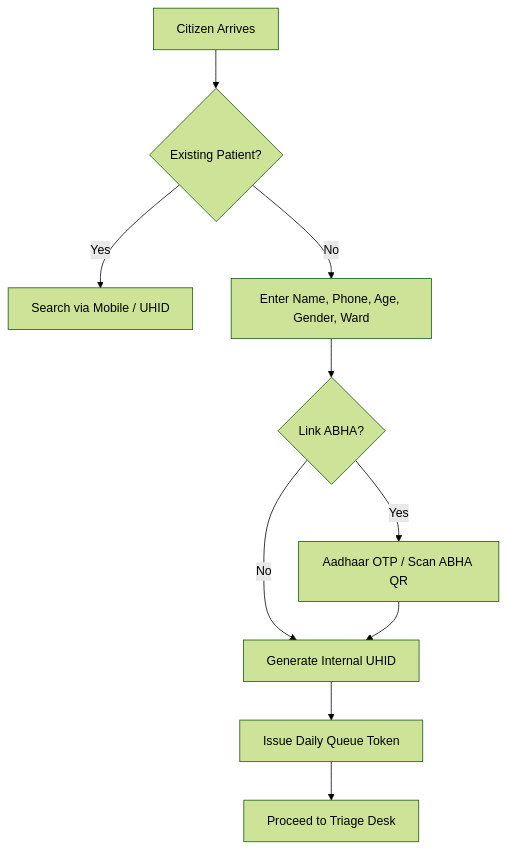
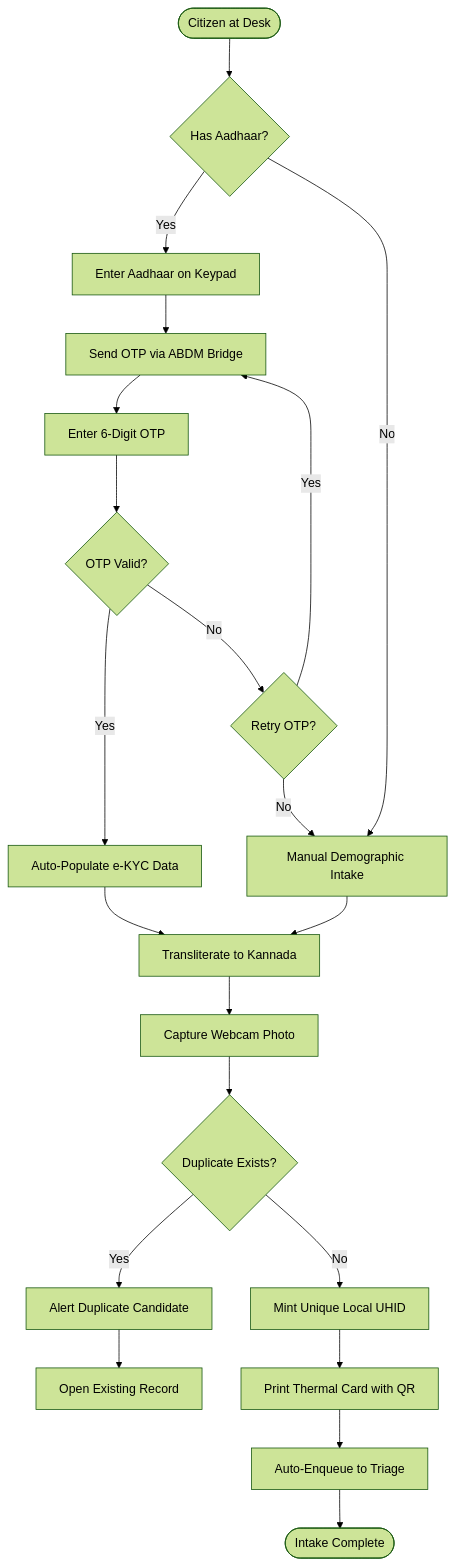
The third of 4 diagrams in docs/03-workflows/03-patient-registration-workflow.md (saimaa0910/mvp), drawn with Mermaid (forest theme) before and after one commit. The commit also changed other lines of this file and 54 other files, not shown here.

````diff
--- a/docs/03-workflows/03-patient-registration-workflow.md
+++ b/docs/03-workflows/03-patient-registration-workflow.md
@@ -19,12 +907,15 @@
 ```mermaid
 flowchart TD
-    A[Citizen Arrives] --> B{Existing Patient?}
-    B -- Yes --> C[Search via Mobile / UHID]
-    B -- No --> D[Enter Name, Phone, Age, Gender, Ward]
-    D --> E{Link ABHA?}
-    E -- Yes --> F[Aadhaar OTP / Scan ABHA QR]
-    E -- No --> G[Generate Internal UHID]
-    F --> G
-    G --> H[Issue Daily Queue Token]
-    H --> I[Proceed to Triage Desk]
+    Start([Citizen at Desk]) --> SelectType{Has Aadhaar?}
+    SelectType -- Yes --> EnterAadhaar[Enter Aadhaar on Keypad] --> SendOTP[Send OTP via ABDM Bridge]
+    SendOTP --> EnterOTP[Enter 6-Digit OTP] --> VerifyKYC{OTP Valid?}
+    VerifyKYC -- Yes --> PopulateFields[Auto-Populate e-KYC Data] --> TranslitKannada[Transliterate to Kannada]
+    VerifyKYC -- No --> RetryOTP{Retry OTP?}
+    RetryOTP -- Yes --> SendOTP
+    RetryOTP -- No --> ManualIntake
+    SelectType -- No --> ManualIntake[Manual Demographic Intake] --> TranslitKannada
+    TranslitKannada --> CapturePhoto[Capture Webcam Photo] --> DedupCheck{Duplicate Exists?}
+    DedupCheck -- Yes --> AlertDuplicate[Alert Duplicate Candidate] --> OpenExisting[Open Existing Record]
+    DedupCheck -- No --> MintUHID[Mint Unique Local UHID] --> PrintCard[Print Thermal Card with QR]
+    PrintCard --> EnqueueTriage[Auto-Enqueue to Triage] --> End([Intake Complete])
 ```
````
